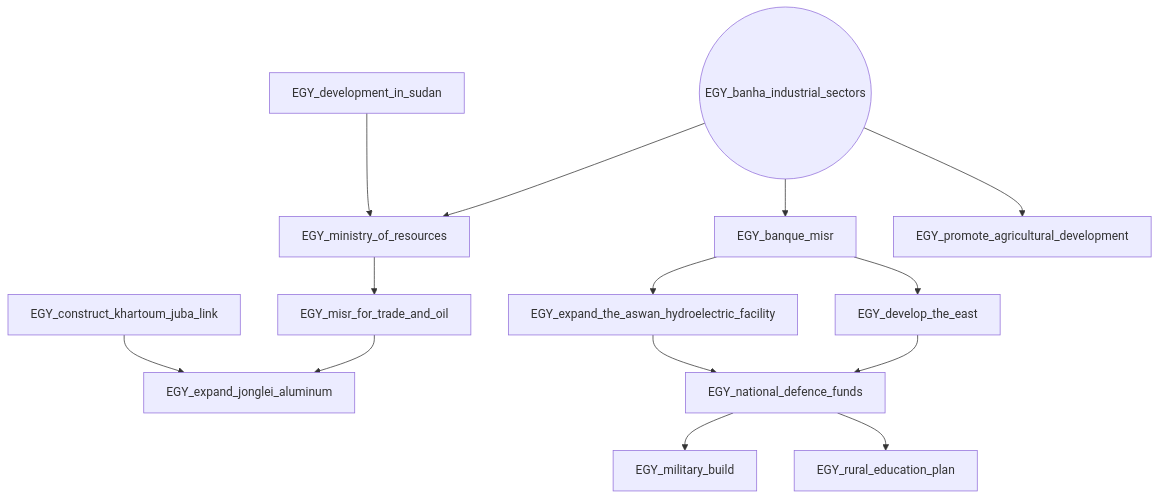
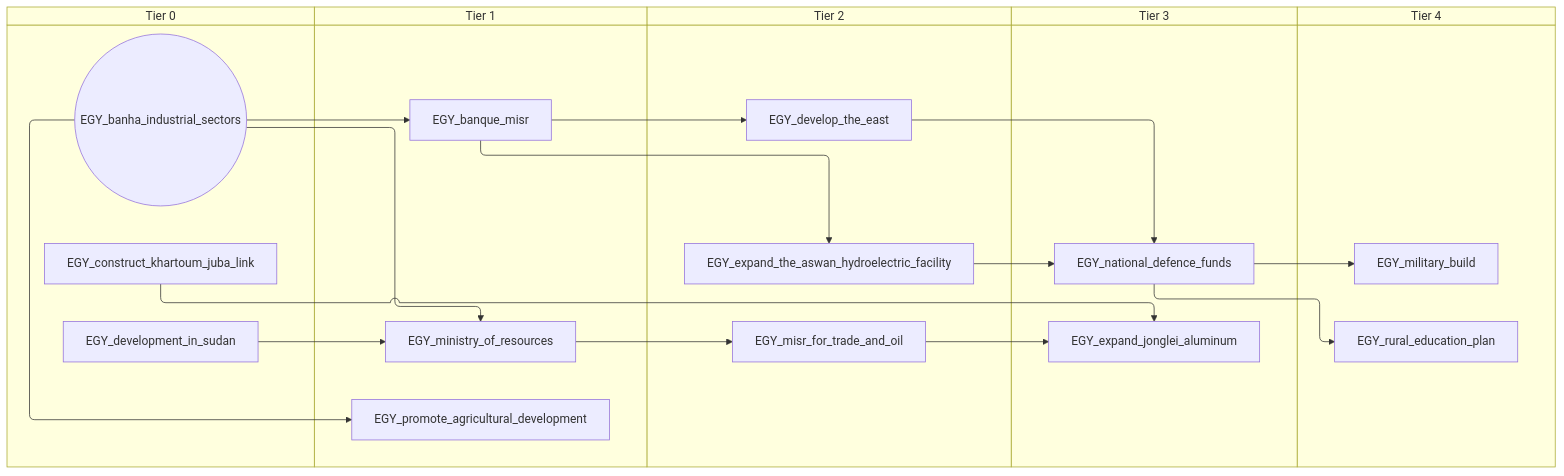
One commit to evgeny-sobol/hoi4-sandbox-mode-r56 changed the second of 10 diagrams in docs/gdd/National Focuses/r56/egypt.md. Above: the diagram before and after it, drawn with Mermaid. The commit also changed other lines of this file and 423 other files, not shown here.

First line of the commit message:
Re-export Rt56 focus trees as swimlane diagrams

````diff
--- a/docs/gdd/National Focuses/r56/egypt.md
+++ b/docs/gdd/National Focuses/r56/egypt.md
@@ -15,29 +19,39 @@
 ```mermaid
-flowchart TD
-    n4(("EGY_banha_industrial_sectors"))
-    n5["EGY_banque_misr"]
-    n6["EGY_construct_khartoum_juba_link"]
-    n7["EGY_develop_the_east"]
-    n8["EGY_development_in_sudan"]
-    n9["EGY_expand_jonglei_aluminum"]
-    n10["EGY_expand_the_aswan_hydroelectric_facility"]
-    n11["EGY_military_build"]
-    n12["EGY_ministry_of_resources"]
-    n13["EGY_misr_for_trade_and_oil"]
-    n14["EGY_national_defence_funds"]
-    n15["EGY_promote_agricultural_development"]
-    n16["EGY_rural_education_plan"]
-    n4 --> n5
-    n5 --> n7
-    n6 --> n9
-    n13 --> n9
-    n5 --> n10
-    n14 --> n11
+swimlane-beta TD
+    subgraph tier_0["Tier 0"]
+        n4(("EGY_banha_industrial_sectors"))
+        n5["EGY_construct_khartoum_juba_link"]
+        n6["EGY_development_in_sudan"]
+    end
+    subgraph tier_1["Tier 1"]
+        n7["EGY_banque_misr"]
+        n8["EGY_ministry_of_resources"]
+        n9["EGY_promote_agricultural_development"]
+    end
+    subgraph tier_2["Tier 2"]
+        n10["EGY_develop_the_east"]
+        n11["EGY_expand_the_aswan_hydroelectric_facility"]
+        n12["EGY_misr_for_trade_and_oil"]
+    end
+    subgraph tier_3["Tier 3"]
+        n13["EGY_expand_jonglei_aluminum"]
+        n14["EGY_national_defence_funds"]
+    end
+    subgraph tier_4["Tier 4"]
+        n15["EGY_military_build"]
+        n16["EGY_rural_education_plan"]
+    end
+    n4 --> n7
+    n7 --> n10
+    n5 --> n13
+    n12 --> n13
+    n7 --> n11
+    n14 --> n15
+    n6 --> n8
+    n4 --> n8
     n8 --> n12
-    n4 --> n12
-    n12 --> n13
+    n11 --> n14
     n10 --> n14
-    n7 --> n14
-    n4 --> n15
+    n4 --> n9
     n14 --> n16
 ```
````
